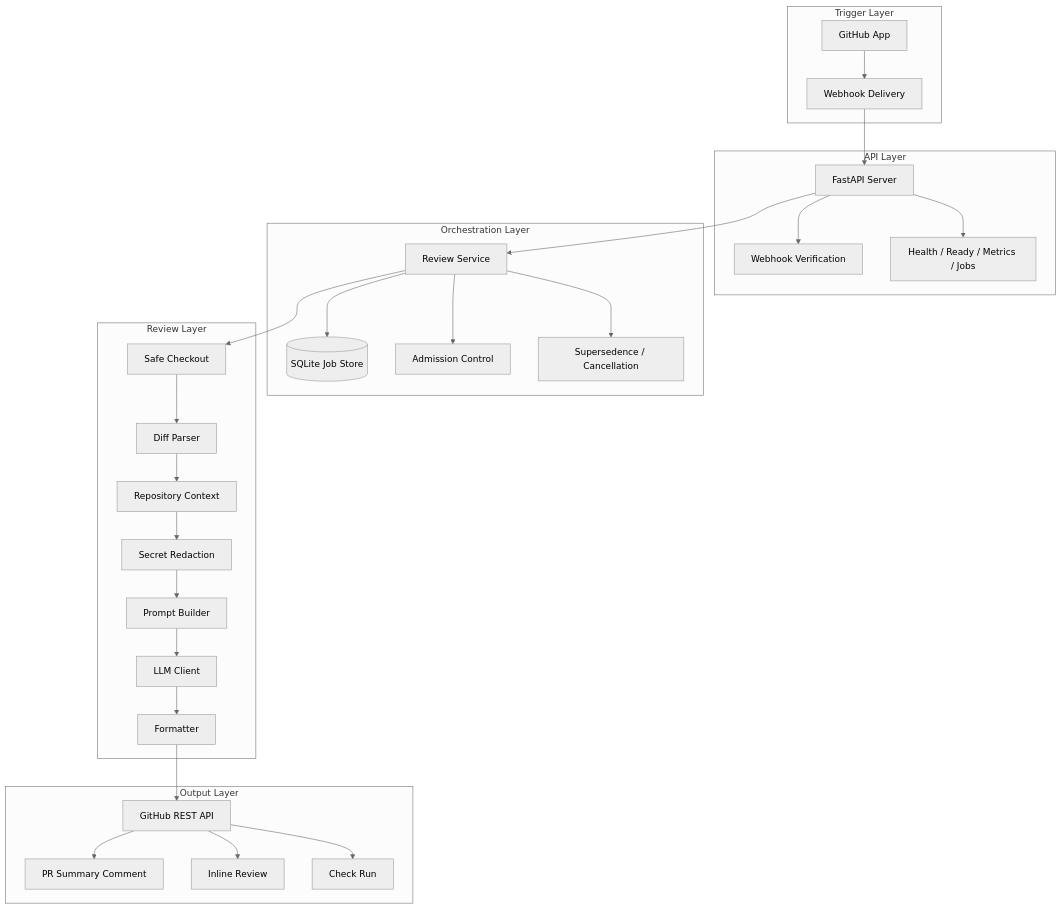
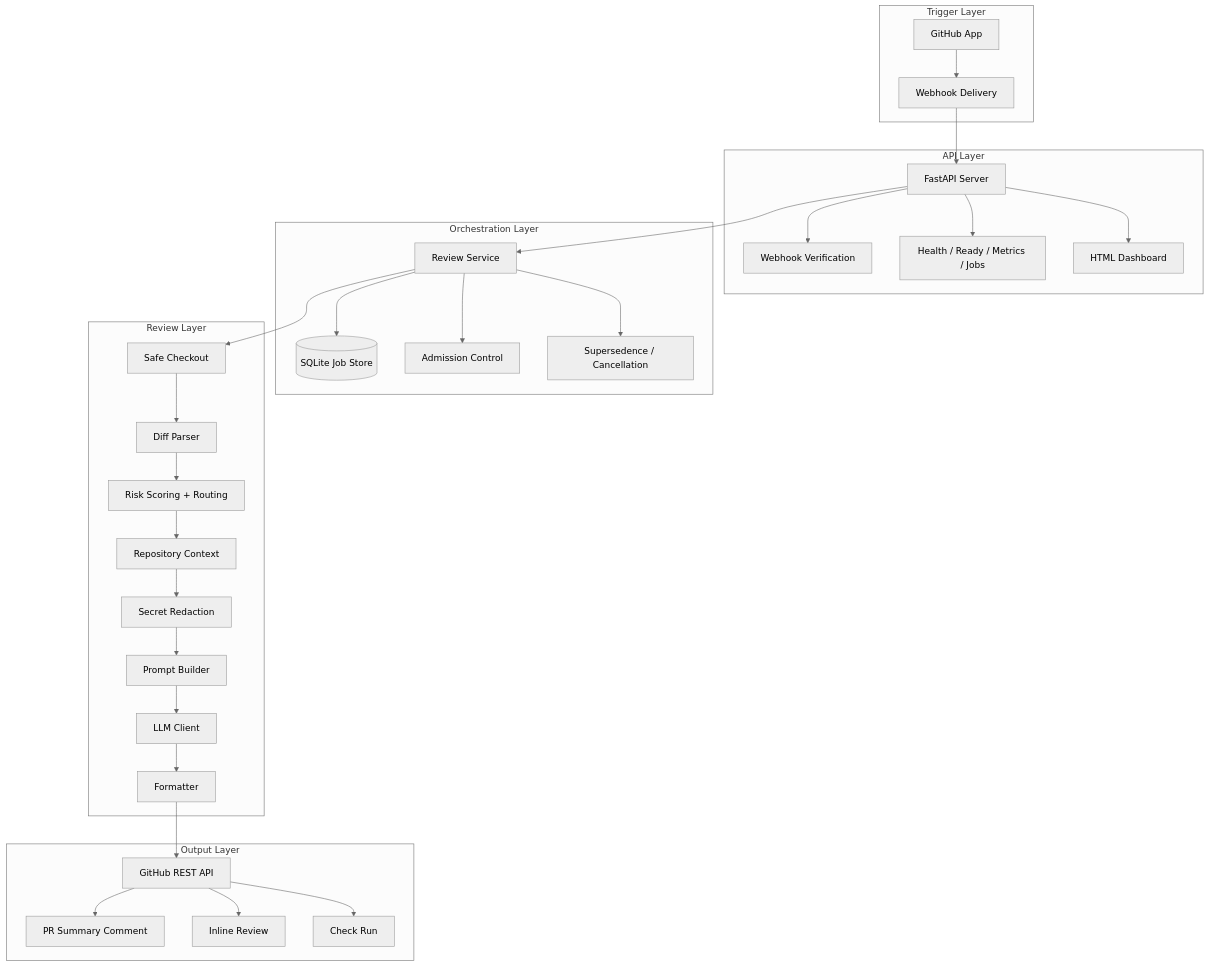
The first of 2 diagrams in docs/architecture.md (dcaayushd/AI-PR-Review-Bot), drawn with Mermaid (neutral theme) before and after one commit. The commit also changed other lines of this file and 14 other files, not shown here.

Commit message:
Added adaptive risk routing and fleet insights to the review platform

````diff
--- a/docs/architecture.md
+++ b/docs/architecture.md
@@ -7,56 +7,60 @@
 ```mermaid
 flowchart TB
     subgraph Trigger Layer
         GH[GitHub App]
         WH[Webhook Delivery]
     end
 
     subgraph API Layer
         Server[FastAPI Server]
         Hooks[Webhook Verification]
         Status[Health / Ready / Metrics / Jobs]
+        Dashboard[HTML Dashboard]
     end
 
     subgraph Orchestration Layer
         Service[Review Service]
         Store[(SQLite Job Store)]
         Queue[Admission Control]
         Cancel[Supersedence / Cancellation]
     end
 
     subgraph Review Layer
         Checkout[Safe Checkout]
         Diff[Diff Parser]
+        Risk[Risk Scoring + Routing]
         Context[Repository Context]
         Redaction[Secret Redaction]
         Prompts[Prompt Builder]
         LLM[LLM Client]
         Format[Formatter]
     end
 
     subgraph Output Layer
         GHAPI[GitHub REST API]
         PR[PR Summary Comment]
         Inline[Inline Review]
         Check[Check Run]
     end
 
     GH --> WH --> Server
     Server --> Hooks
     Server --> Status
+    Server --> Dashboard
     Server --> Service
     Service --> Store
     Service --> Queue
     Service --> Cancel
     Service --> Checkout
     Checkout --> Diff
-    Diff --> Context
+    Diff --> Risk
+    Risk --> Context
     Context --> Redaction
     Redaction --> Prompts
     Prompts --> LLM
     LLM --> Format
     Format --> GHAPI
     GHAPI --> PR
     GHAPI --> Inline
     GHAPI --> Check
 ```
````
